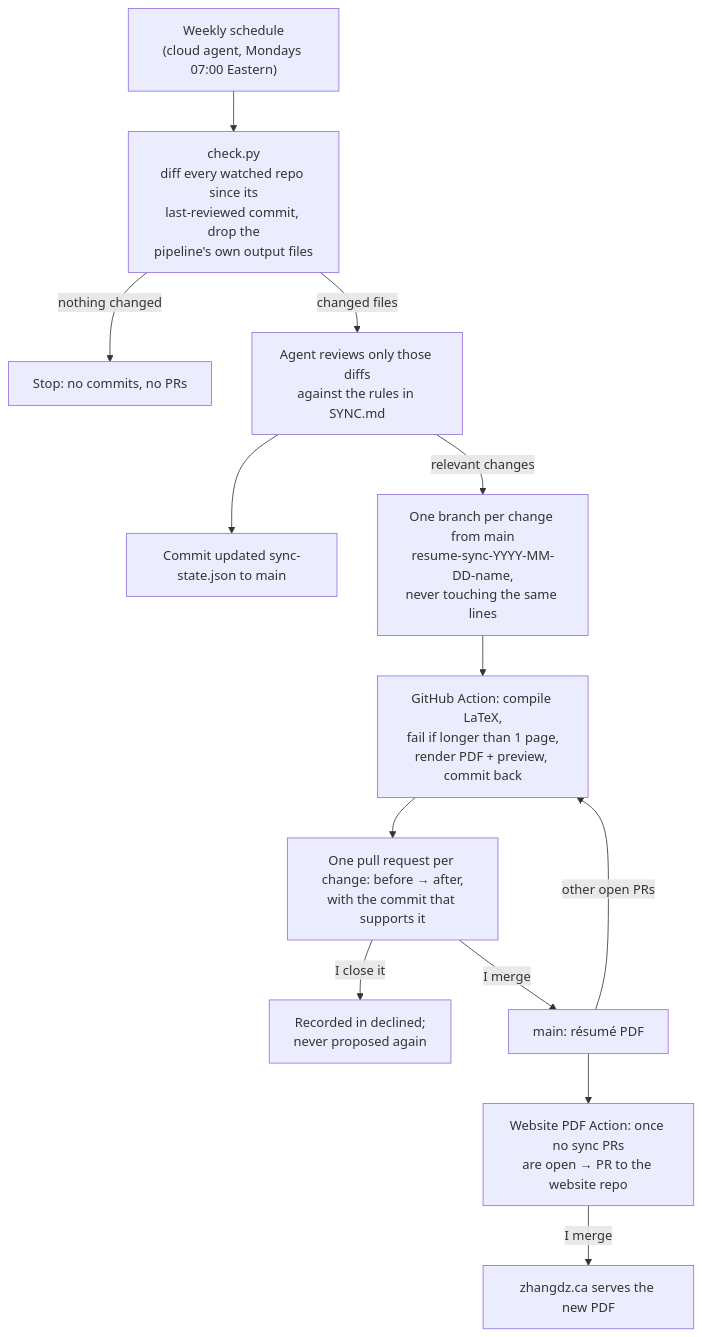
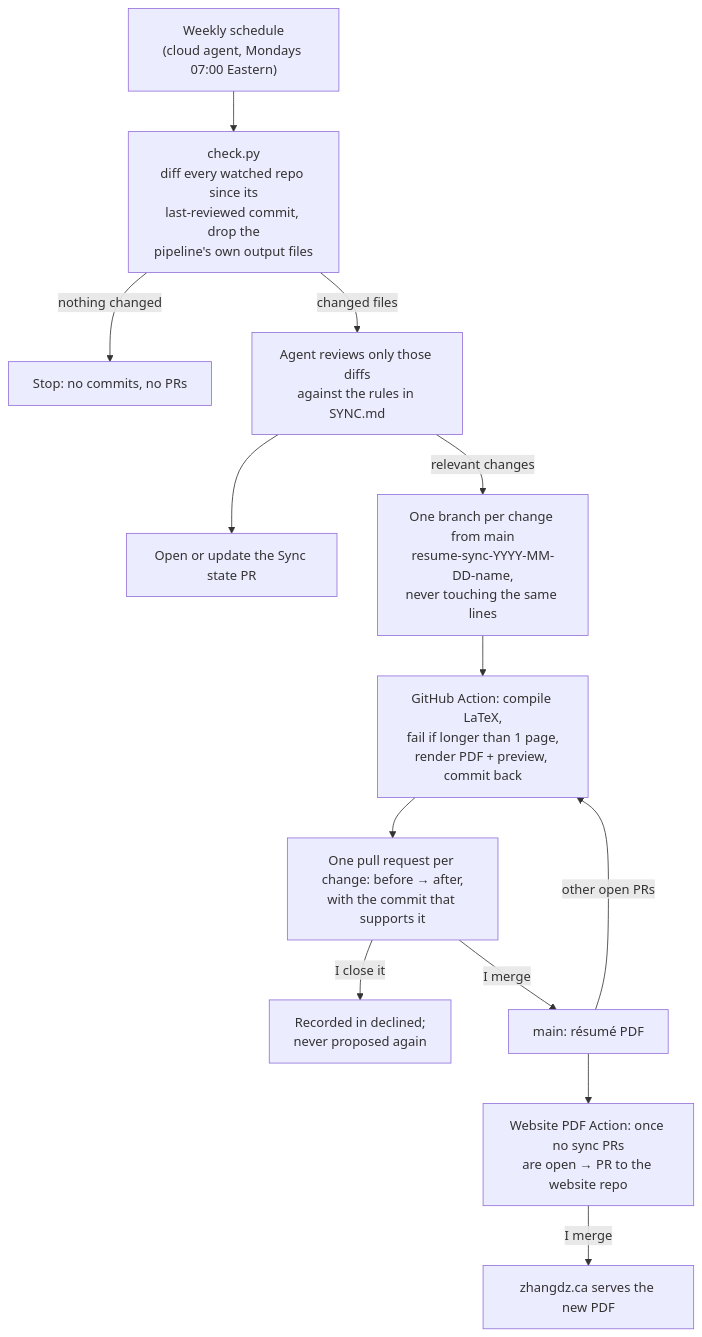
One commit to danielzhang122/resume-sync changed the diagram in docs/PIPELINE.md. Above: the diagram before and after it, drawn with Mermaid. The commit also changed 1 other file, not shown here.

Commit message:
Save sync state through a PR instead of pushing to main

````diff
--- a/docs/PIPELINE.md
+++ b/docs/PIPELINE.md
@@ -20,15 +20,15 @@
 ```mermaid
 flowchart TD
     A["Weekly schedule<br/>(cloud agent, Mondays 07:00 Eastern)"] --> B["check.py<br/>diff every watched repo since its<br/>last-reviewed commit, drop the<br/>pipeline's own output files"]
     B -->|nothing changed| Z["Stop: no commits, no PRs"]
     B -->|changed files| C["Agent reviews only those diffs<br/>against the rules in SYNC.md"]
-    C --> S["Commit updated sync-state.json to main"]
+    C --> S["Open or update the Sync state PR"]
     C -->|relevant changes| D["One branch per change from main<br/>resume-sync-YYYY-MM-DD-name,<br/>never touching the same lines"]
     D --> E["GitHub Action: compile LaTeX,<br/>fail if longer than 1 page,<br/>render PDF + preview, commit back"]
     E --> F["One pull request per change: before → after,<br/>with the commit that supports it"]
     F -->|I close it| X["Recorded in declined;<br/>never proposed again"]
     F -->|I merge| G["main: résumé PDF"]
     G -->|other open PRs| E
     G --> H["Website PDF Action: once no sync PRs<br/>are open → PR to the website repo"]
     H -->|I merge| I["zhangdz.ca serves the new PDF"]
 ```
````
